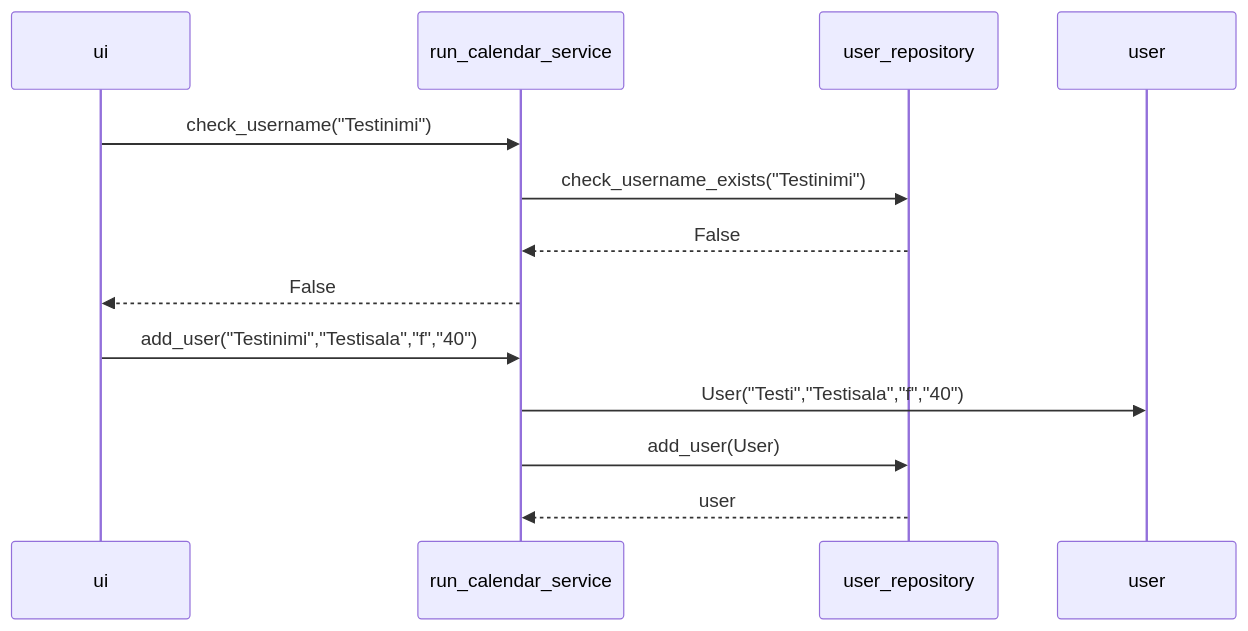
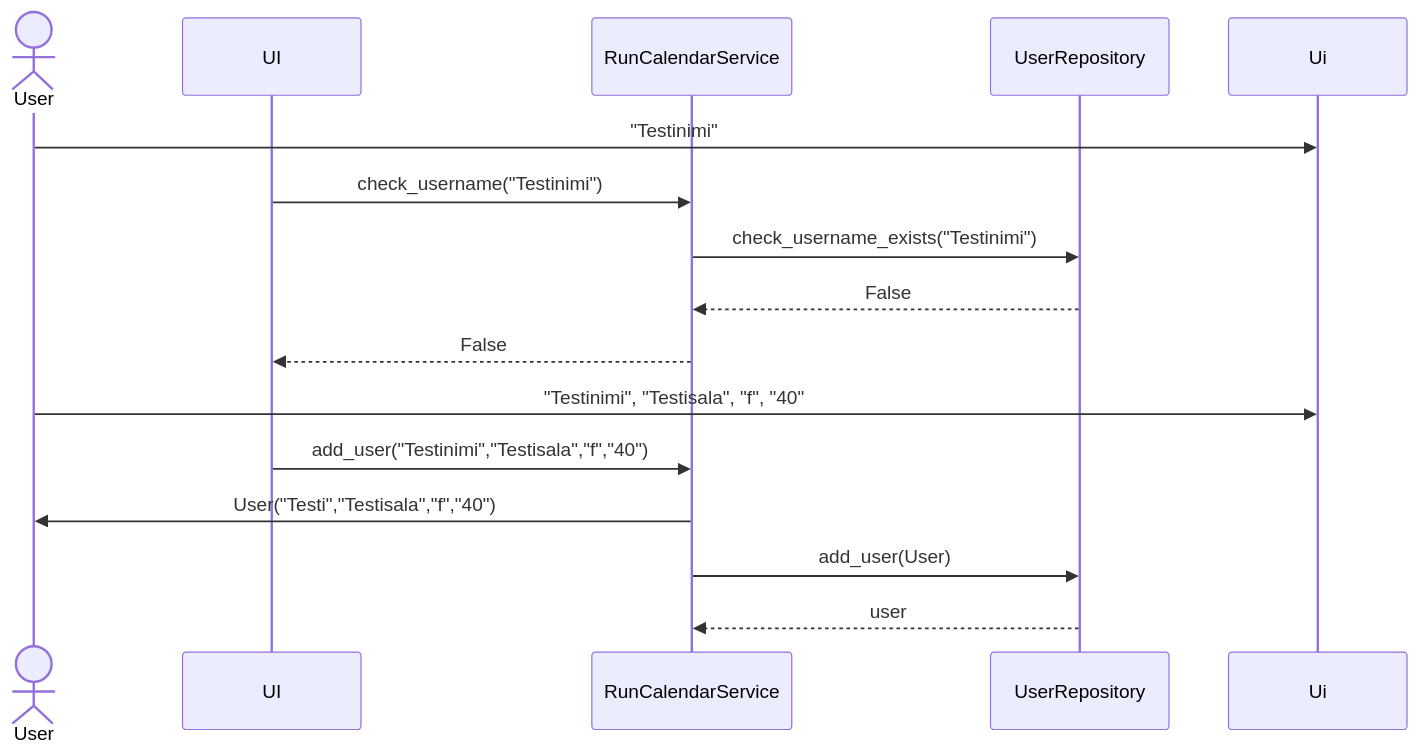
One commit to ah-pasila/ot-running-calendar changed the second of 2 diagrams in dokumentaatio/arkkitehtuuri.md. Above: the diagram before and after it, drawn with Mermaid. The commit also changed 5 other files, not shown here.

````diff
--- a/dokumentaatio/arkkitehtuuri.md
+++ b/dokumentaatio/arkkitehtuuri.md
@@ -73,11 +73,18 @@
 ```mermaid
 sequenceDiagram
-    ui->>run_calendar_service: check_username("Testinimi")
-    run_calendar_service->>user_repository: check_username_exists("Testinimi")
-    user_repository-->>run_calendar_service: False
-    run_calendar_service-->>ui: False
-    ui->>run_calendar_service: add_user("Testinimi","Testisala","f","40")
-    run_calendar_service->>user: User("Testi","Testisala","f","40") 
-    run_calendar_service->>user_repository: add_user(User)
-    user_repository-->>run_calendar_service: user
+    actor User
+    participant UI
+    participant RunCalendarService
+    participant UserRepository
+    participant User
+    User->>Ui: "Testinimi"
+    UI->>RunCalendarService: check_username("Testinimi")
+    RunCalendarService->>UserRepository: check_username_exists("Testinimi")
+    UserRepository-->>RunCalendarService:False
+    RunCalendarService-->>UI: False
+    User->>Ui: "Testinimi", "Testisala", "f", "40"
+    UI->>RunCalendarService: add_user("Testinimi","Testisala","f","40")
+    RunCalendarService->>User: User("Testi","Testisala","f","40") 
+    RunCalendarService->>UserRepository: add_user(User)
+    UserRepository-->>RunCalendarService: user
 ```
````
